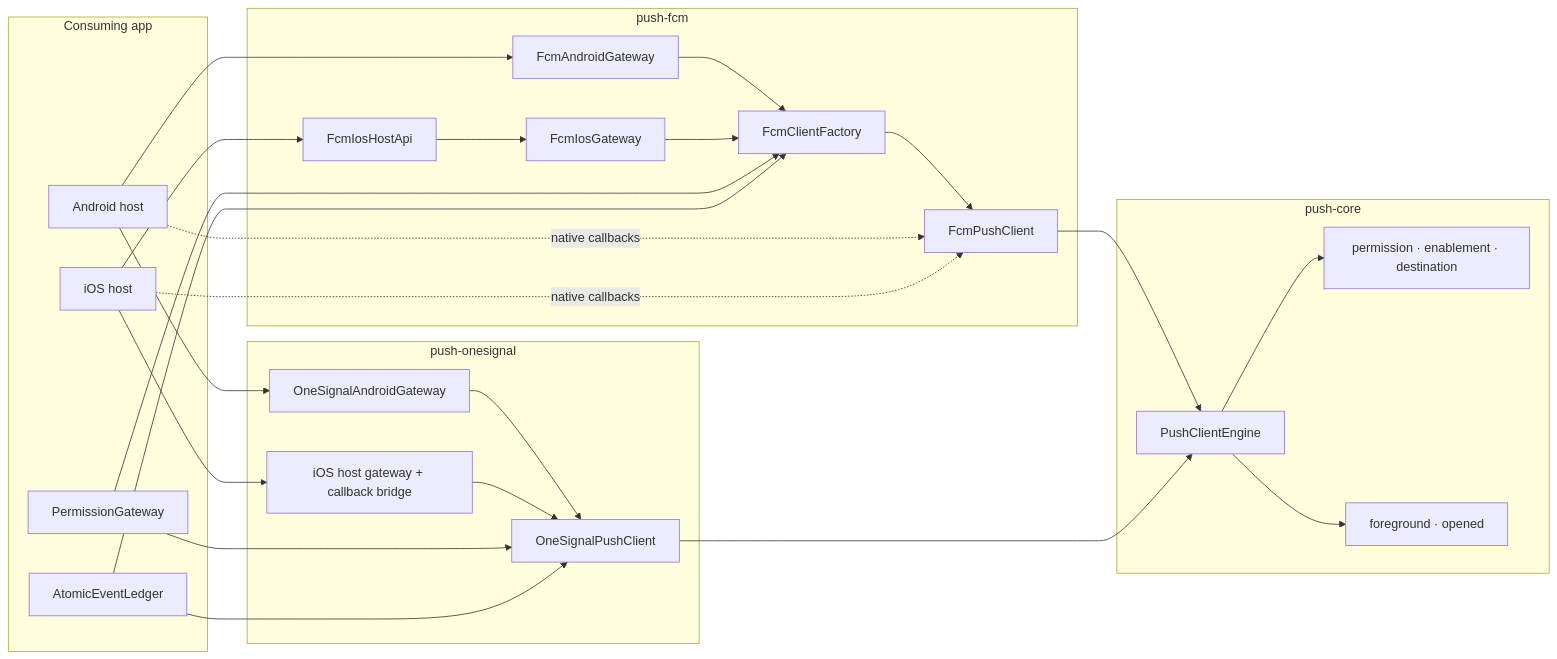
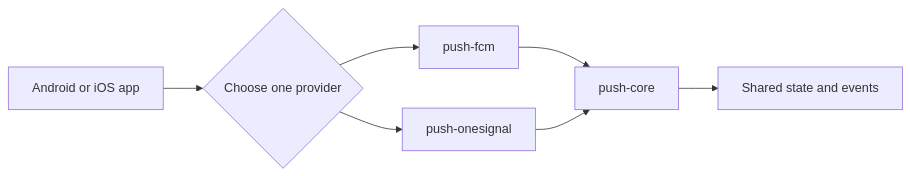
One commit to SOSMex/kmp-push-client changed the diagram in README.md. Above: the diagram before and after it, drawn with Mermaid. The commit also changed other lines of this file, not shown here.

Commit message:
Simplify architecture diagram

````diff
--- a/README.md
+++ b/README.md
@@ -36,47 +36,9 @@
 ```mermaid
 flowchart LR
-    subgraph Host["Consuming app"]
-        Android["Android host"]
-        iOS["iOS host"]
-        Permission["PermissionGateway"]
-        Ledger["AtomicEventLedger"]
-    end
-
-    subgraph FCM["push-fcm"]
-        FcmAndroid["FcmAndroidGateway"]
-        FcmIosApi["FcmIosHostApi"]
-        FcmIos["FcmIosGateway"]
-        FcmFactory["FcmClientFactory"]
-        FcmClient["FcmPushClient"]
-    end
-
-    subgraph OneSignal["push-onesignal"]
-        OneSignalAndroid["OneSignalAndroidGateway"]
-        OneSignalIos["iOS host gateway + callback bridge"]
-        OneSignalClient["OneSignalPushClient"]
-    end
-
-    subgraph Core["push-core"]
-        Engine["PushClientEngine"]
-        State["permission · enablement · destination"]
-        Events["foreground · opened"]
-    end
-
-    Android --> FcmAndroid --> FcmFactory
-    iOS --> FcmIosApi --> FcmIos --> FcmFactory
-    FcmFactory --> FcmClient --> Engine
-
-    Android --> OneSignalAndroid --> OneSignalClient
-    iOS --> OneSignalIos --> OneSignalClient
-    OneSignalClient --> Engine
-
-    Permission --> FcmFactory
-    Ledger --> FcmFactory
-    Permission --> OneSignalClient
-    Ledger --> OneSignalClient
-
-    Android -. "native callbacks" .-> FcmClient
-    iOS -. "native callbacks" .-> FcmClient
-    Engine --> State
-    Engine --> Events
+    Host["Android or iOS app"] --> Provider{"Choose one provider"}
+    Provider --> FCM["push-fcm"]
+    Provider --> OneSignal["push-onesignal"]
+    FCM --> Core["push-core"]
+    OneSignal --> Core
+    Core --> Output["Shared state and events"]
 ```
````
